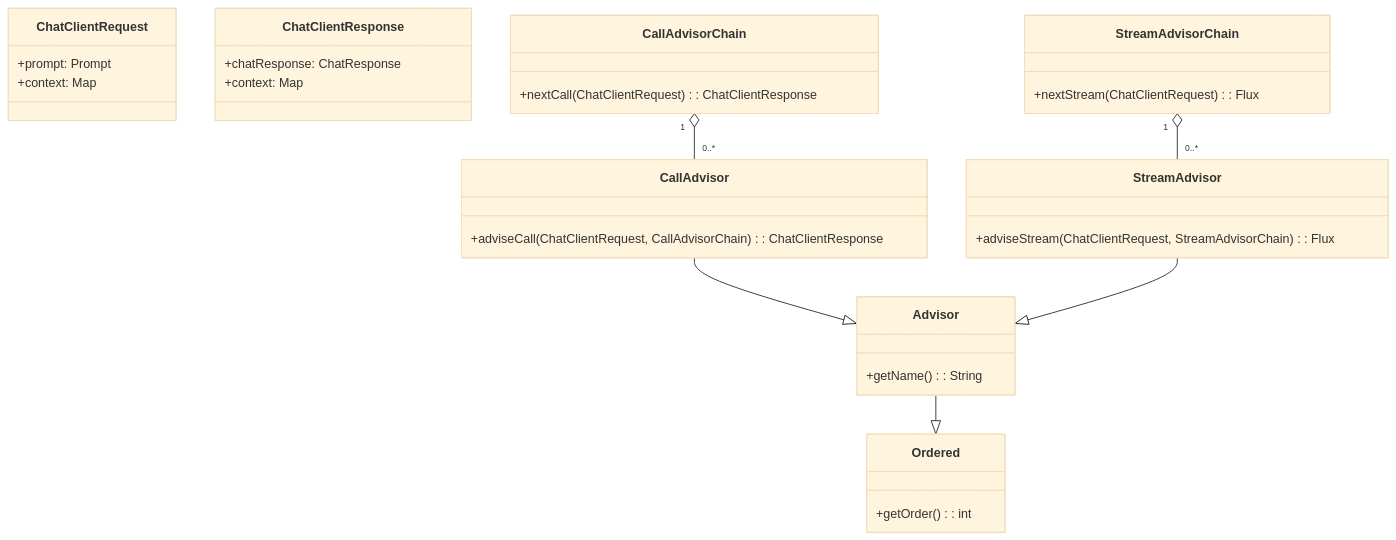
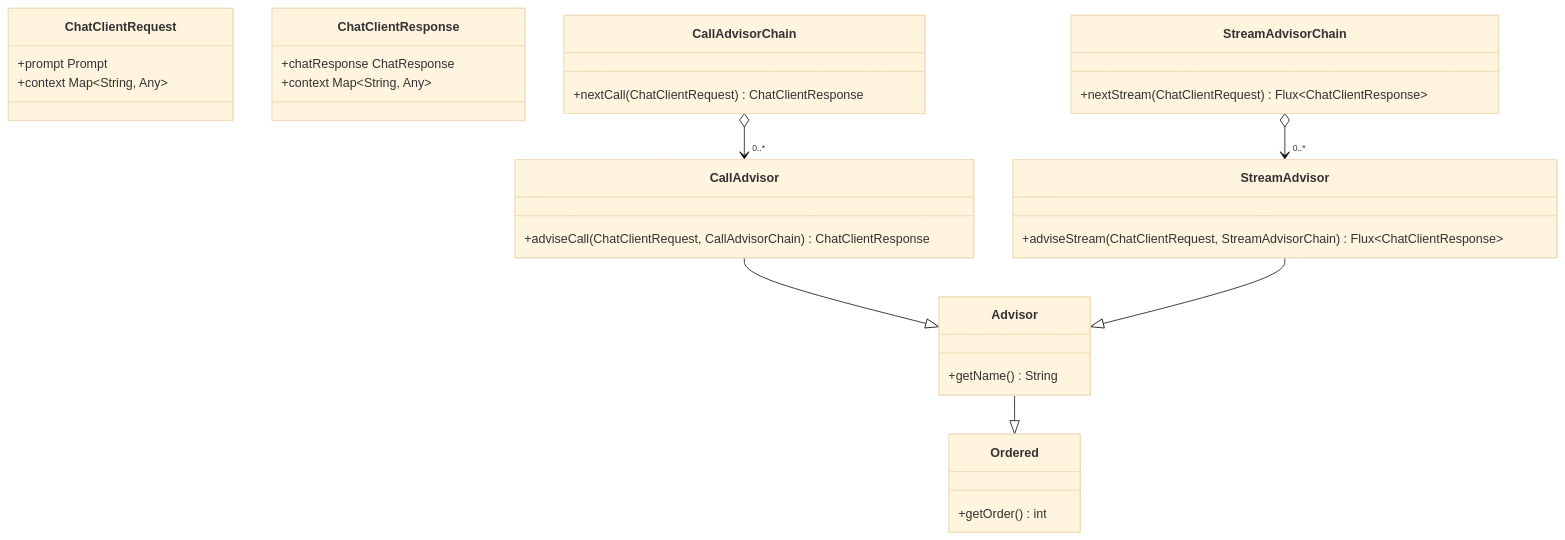
Before and after one commit to giwankim/til: the diagram in spring/ai/chat-client/advisors/api.md, drawn with Mermaid (base theme).

Commit message:
fix(docs): correct mermaid class diagram syntax and types
- Fix Mermaid syntax in class diagram (removed colons, updated generic delimiters)
- Update type 'Obj' to 'Any' for better Kotlin idiomatic consistency
- Correct relationship markers to use directed aggregation

````diff
--- a/spring/ai/chat-client/advisors/api.md
+++ b/spring/ai/chat-client/advisors/api.md
@@ -34,50 +34,50 @@
 ```mermaid
 classDiagram
     %% orient the diagram from top to bottom
     direction TB
 
     %% Base request/response classes
     class ChatClientRequest {
-        +prompt: Prompt
-        +context: Map<String, Obj>
+        +prompt Prompt
+        +context Map~String, Any~
     }
     class ChatClientResponse {
-        +chatResponse: ChatResponse
-        +context: Map<String, Obj>
+        +chatResponse ChatResponse
+        +context Map~String, Any~
     }
 
     %% Ordered interface
     class Ordered {
-        +getOrder(): int
+        +getOrder() int
     }
 
     %% Advisor base class implements Ordered
     class Advisor {
-        +getName(): String
+        +getName() String
     }
     Advisor --|> Ordered
 
     %% Concrete advisors extending Advisor
     class CallAdvisor {
-        +adviseCall(ChatClientRequest, CallAdvisorChain): ChatClientResponse
+        +adviseCall(ChatClientRequest, CallAdvisorChain) ChatClientResponse
     }
     class StreamAdvisor {
-        +adviseStream(ChatClientRequest, StreamAdvisorChain): Flux<ChatClientResponse>
+        +adviseStream(ChatClientRequest, StreamAdvisorChain) Flux~ChatClientResponse~
     }
     CallAdvisor --|> Advisor
     StreamAdvisor --|> Advisor
 
     %% Advisor chains and aggregation relationships
     class CallAdvisorChain {
-        +nextCall(ChatClientRequest): ChatClientResponse
+        +nextCall(ChatClientRequest) ChatClientResponse
     }
     class StreamAdvisorChain {
-        +nextStream(ChatClientRequest): Flux<ChatClientResponse>
+        +nextStream(ChatClientRequest) Flux~ChatClientResponse~
     }
 
     %% A CallAdvisorChain aggregates zero or more CallAdvisor instances
-    CallAdvisorChain "1" o-- "0..*" CallAdvisor
+    CallAdvisorChain o--> "0..*" CallAdvisor
 
     %% A StreamAdvisorChain aggregates zero or more StreamAdvisor instances
-    StreamAdvisorChain "1" o-- "0..*" StreamAdvisor
+    StreamAdvisorChain o--> "0..*" StreamAdvisor
 ```
````
